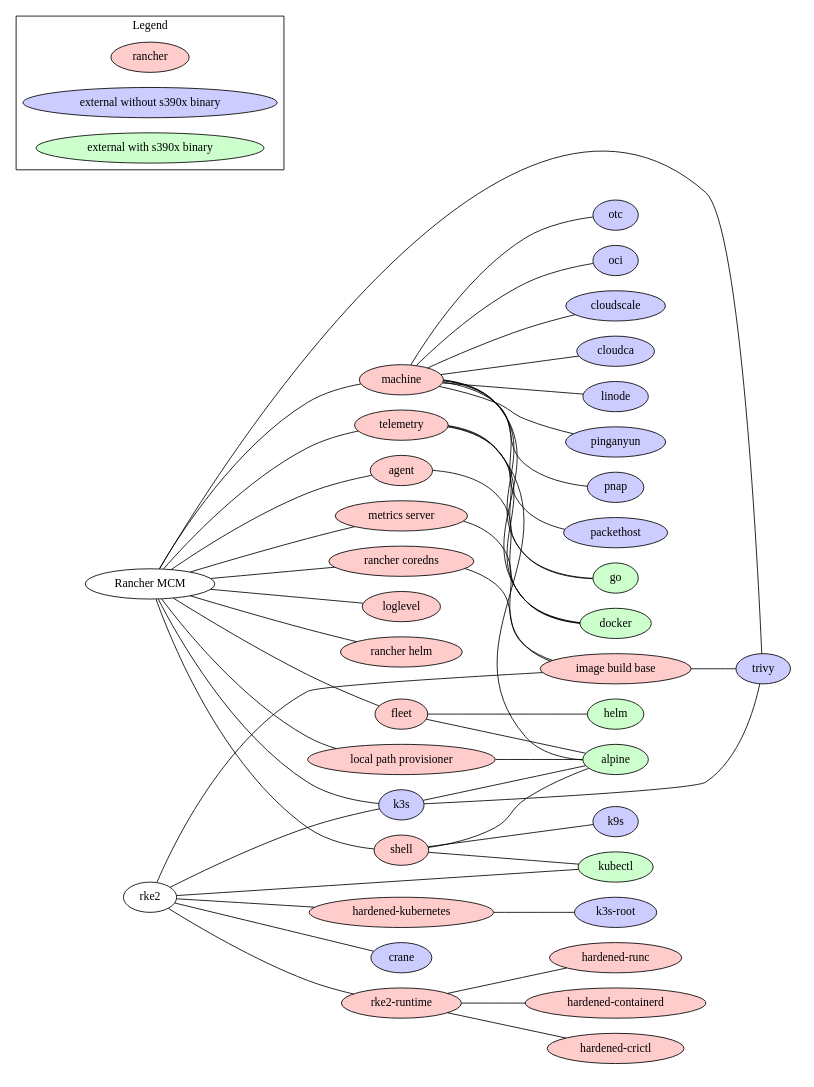
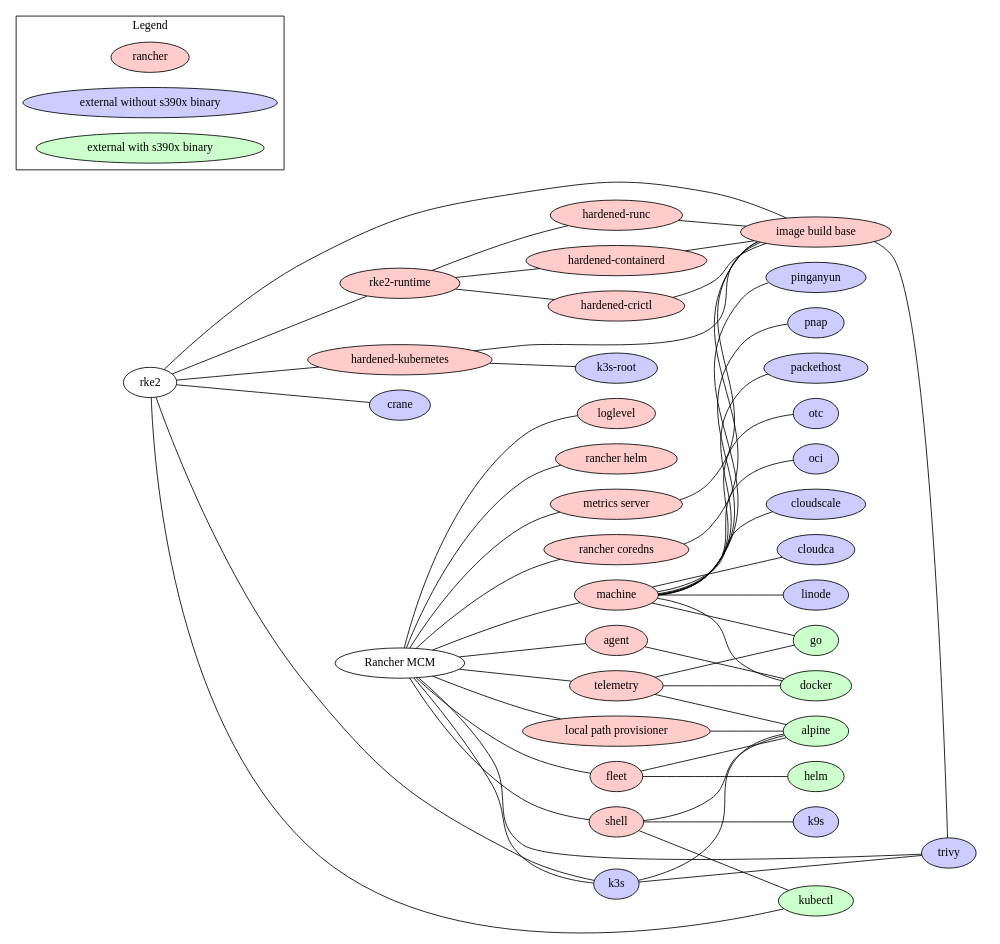
The diagram in dependency-graph.dot (raulcabello/canali), drawn with Graphviz before and after one commit. The commit also changed 1 other file, not shown here.

Commit message:
modify base image dependency

```diff
--- a/dependency-graph.dot
+++ b/dependency-graph.dot
@@ -1,99 +1,103 @@
 graph {
 rankdir="LR";
     subgraph cluster1 {
         color = transparent ;
         linode [style=filled, fillcolor="#ccccff", href="https://github.com/linode/docker-machine-driver-linode/"]
         cloudca [style=filled, fillcolor="#ccccff", href="https://github.com/cloud-ca/docker-machine-driver-cloudca"]
         cloudscale [style=filled, fillcolor="#ccccff", href="https://github.com/cloudscale-ch/docker-machine-driver-cloudscale"]
         oci [style=filled, fillcolor="#ccccff", href="https://github.com/rancher-plugins/rancher-machine-driver-oci"]
         otc [style=filled, fillcolor="#ccccff", href="https://github.com/rancher-plugins/rancher-machine-driver-otc"]
         packethost [style=filled, fillcolor="#ccccff", href="https://github.com/packethost/docker-machine-driver-packet"]
         pnap [style=filled, fillcolor="#ccccff", href="https://github.com/phoenixnap/docker-machine-driver-pnap"]
         pinganyun  [style=filled, fillcolor="#ccccff", href="https://drivers.rancher.cn/node-driver-/0.3.0"]
         go [style=filled, fillcolor="#ccffcc"];
         docker [style=filled, fillcolor="#ccffcc"];
         machine [style=filled, fillcolor="#ffcccc", href="https://github.com/rancher/machine"];
         machine -- docker;
         machine -- go;
         machine -- linode;
         machine -- cloudca;
         machine -- cloudscale;
         machine -- oci;
         machine -- otc;
         machine -- packethost;
         machine -- pnap;
         machine -- pinganyun;
         alpine [style=filled, fillcolor="#ccffcc", href="https://hub.docker.com/_/alpine"]
         telemetry [style=filled, fillcolor="#ffcccc", href="https://github.com/rancher/telemetry"];
         telemetry -- go;
         telemetry -- docker;
         telemetry -- alpine;
         "rancher helm"  [style=filled, fillcolor="#ffcccc", href="https://github.com/rancher/helm"];
         loglevel [style=filled, fillcolor="#ffcccc", href="hhttps://github.com/rancher/loglevel"];
         "image build base"  [style=filled, fillcolor="#ffcccc", href="https://github.com/rancher/image-build-base"];
         "image build base" -- trivy;
         "rancher coredns"  [style=filled, fillcolor="#ffcccc", href="https://github.com/rancher/image-build-coredns"];
         "rancher coredns" -- "image build base";
         kubectl  [style=filled, fillcolor="#ccffcc", href="https://storage.googleapis.com/kubernetes-release"];
         k9s [style=filled, fillcolor="#ccccff", href="https://github.com/derailed/k9s/releases"];
         shell [style=filled, fillcolor="#ffcccc", href="https://github.com/rancher/shell"];
         shell -- alpine;
         shell -- kubectl;
         shell -- k9s;
         "metrics server" [style=filled, fillcolor="#ffcccc", href="https://github.com/rancher/image-build-k8s-metrics-server"];
         "metrics server" -- "image build base";
         "local path provisioner" [style=filled, fillcolor="#ffcccc", href="https://github.com/rancher/local-path-provisioner"];
         "local path provisioner" -- alpine;
         helm [style=filled, fillcolor="#ccffcc", href="https://get.helm.sh"];
         fleet [style=filled, fillcolor="#ffcccc", href="https://github.com/rancher/fleet"];
         fleet -- helm;
         fleet -- alpine;
         agent [style=filled, fillcolor="#ffcccc", href="https://github.com/rancher/agent"];
         agent -- docker;
         trivy [style=filled, fillcolor="#ccccff", href="https://github.com/aquasecurity/trivy"];
         k3s [style=filled, fillcolor="#ccccff", href="https://github.com/k3s-io/k3s"];
         k3s -- trivy;
         k3s -- alpine;
         "Rancher MCM" [href="https://github.com/rancher/rancher"];
         "Rancher MCM" -- machine;
         "Rancher MCM" -- telemetry;
         "Rancher MCM" -- "rancher helm";
         "Rancher MCM" -- loglevel;
         "Rancher MCM" -- "rancher coredns";
         "Rancher MCM" -- shell;
         "Rancher MCM" -- "metrics server";
         "Rancher MCM" -- "local path provisioner";
         "Rancher MCM" -- fleet;
         "Rancher MCM" -- agent;
         "Rancher MCM" -- trivy;
         "Rancher MCM" -- k3s;
         rke2 [href="https://github.com/rancher/rke2"];
         "rke2-runtime" [style=filled, fillcolor="#ffcccc", href="https://github.com/rancher/rke2"]; 
         rke2 -- "rke2-runtime";
         "hardened-containerd"   [style=filled, fillcolor="#ffcccc", href="https://github.com/rancher/image-build-containerd"];
+        "hardened-containerd" -- "image build base";
         "hardened-runc" [style=filled, fillcolor="#ffcccc", href="https://github.com/rancher/image-build-runc"];
+        "hardened-runc" -- "image build base";
         "hardened-crictl"  [style=filled, fillcolor="#ffcccc", href="https://github.com/rancher/image-build-crictl"];
+        "hardened-crictl" -- "image build base";
         "rke2-runtime" -- "hardened-containerd";
         "rke2-runtime" -- "hardened-runc";
         "rke2-runtime" -- "hardened-crictl";
         rke2 -- "image build base";
         rke2 -- k3s;
         rke2 -- kubectl;
         crane [style=filled, fillcolor="#ccccff", href="https://github.com/google/go-containerregistry"];
         rke2 -- crane;
         "hardened-kubernetes" [style=filled, fillcolor="#ffcccc", href="https://github.com/rancher/image-build-kubernetes"];
         rke2 -- "hardened-kubernetes";
         "k3s-root" [style=filled, fillcolor="#ccccff", href="https://github.com/k3s-io/k3s-root"];
         "hardened-kubernetes" -- "k3s-root";
+        "hardened-kubernetes" -- "image build base";
     }
     
 
     subgraph cluster2 {
         label = "Legend" ;
         shape = rectangle ;
         color = black ;
         rancher [style=filled, fillcolor="#ffcccc"] ;
         "external without s390x binary" [style=filled, fillcolor="#ccccff"] ;
         "external with s390x binary" [style=filled, fillcolor="#ccffcc", weight=100] ;
     }
 }
```
